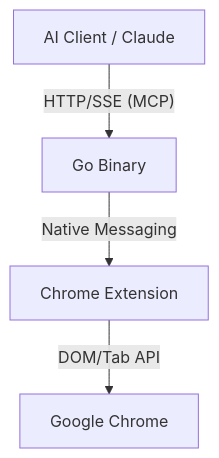
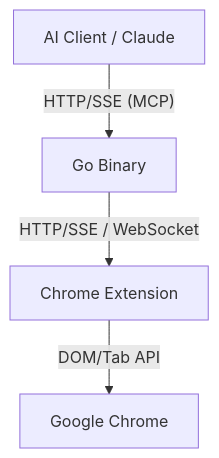
One commit to jmjp/ultra-browser changed the diagram in README.md. Above: the diagram before and after it, drawn with Mermaid. The commit also changed other lines of this file and 29 other files, not shown here.

````diff
--- a/README.md
+++ b/README.md
@@ -20,6 +20,6 @@
 ```mermaid
 graph TD
     AI[AI Client / Claude] -- HTTP/SSE (MCP) --> Server[Go Binary]
-    Server -- Native Messaging --> Ext[Chrome Extension]
+    Server -- HTTP/SSE / WebSocket --> Ext[Chrome Extension]
     Ext -- DOM/Tab API --> Browser[Google Chrome]
 ```
````
